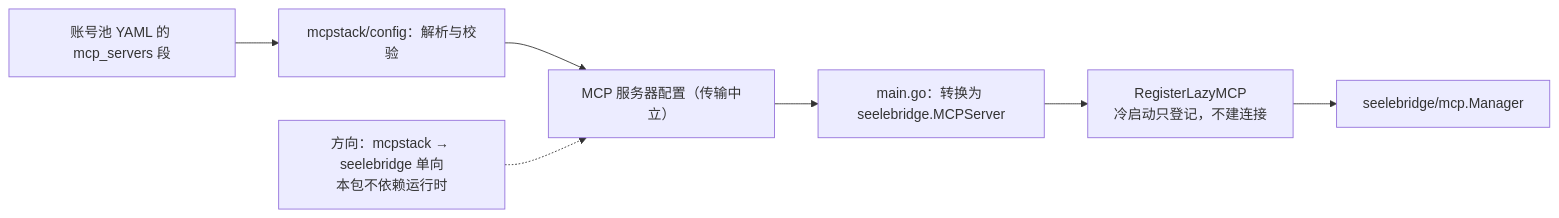
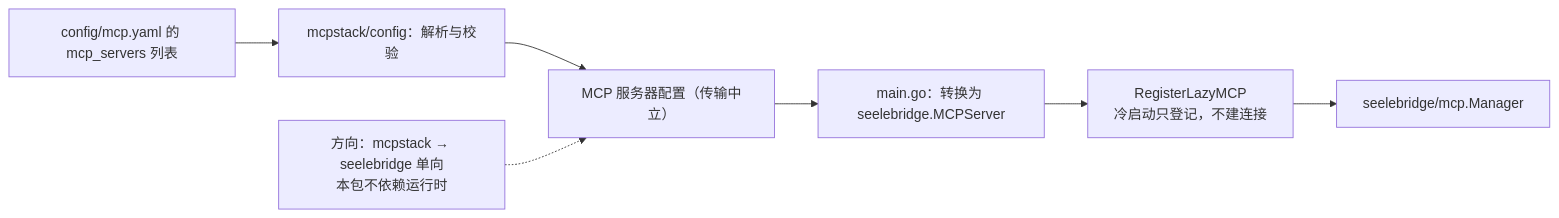
One commit to RedHuang-0622/seelex changed the diagram in mcpstack/config/README.md. Above: the diagram before and after it, drawn with Mermaid. The commit also changed other lines of this file and 53 other files, not shown here.

````diff
--- a/mcpstack/config/README.md
+++ b/mcpstack/config/README.md
@@ -12,9 +17,9 @@
 ```mermaid
 flowchart LR
-    YAML["账号池 YAML 的 mcp_servers 段"] --> LOAD["mcpstack/config：解析与校验"]
+    YAML["config/mcp.yaml 的 mcp_servers 列表"] --> LOAD["mcpstack/config：解析与校验"]
     LOAD --> CFG["MCP 服务器配置（传输中立）"]
     CFG --> MAIN["main.go：转换为 seelebridge.MCPServer"]
     MAIN --> LAZY["RegisterLazyMCP<br/>冷启动只登记，不建连接"]
     LAZY --> MGR["seelebridge/mcp.Manager"]
     NOTE["方向：mcpstack → seelebridge 单向<br/>本包不依赖运行时"] -.-> CFG
 ```
````
